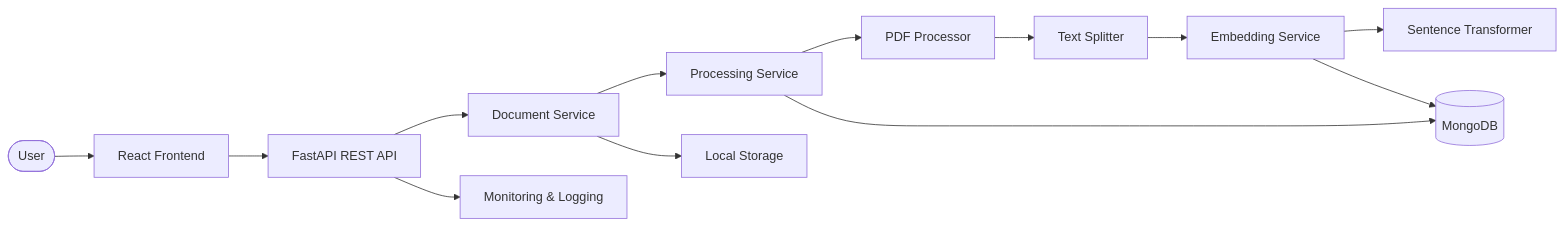
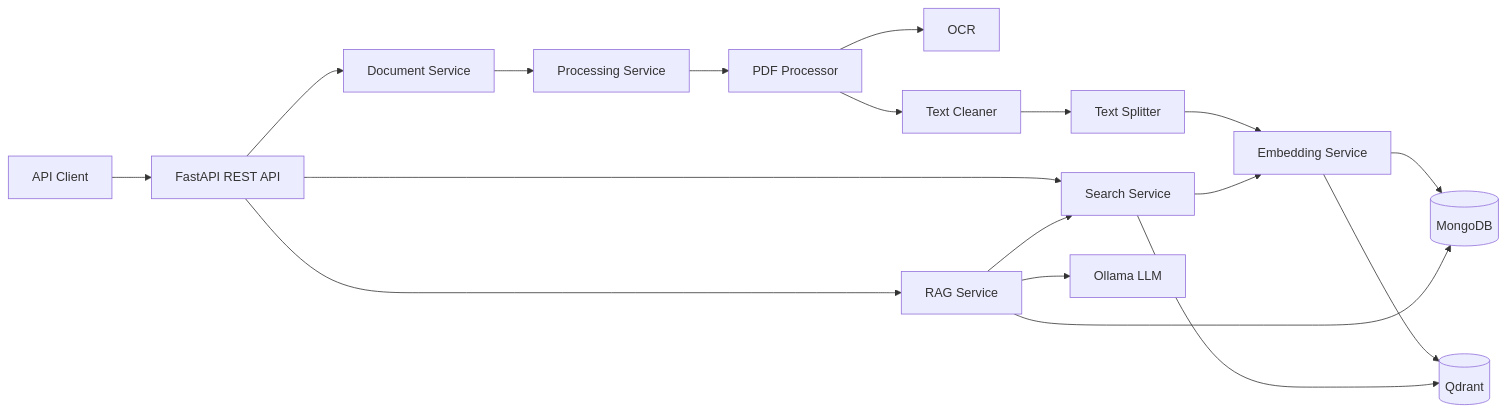
The diagram in README.md (onica-lorena/document-intelligence-platform), drawn with Mermaid before and after one commit. The commit also changed other lines of this file, not shown here.

````diff
--- a/README.md
+++ b/README.md
@@ -108,51 +102,65 @@
 ```mermaid
 flowchart LR
 
-    User([User])
-
-    Frontend["React Frontend"]
+    Client["API Client"]
 
     API["FastAPI REST API"]
 
     DocumentService["Document Service"]
 
     Processing["Processing Service"]
 
     PDF["PDF Processor"]
 
+    OCR["OCR"]
+
+    Cleaner["Text Cleaner"]
+
     Splitter["Text Splitter"]
 
     Embedding["Embedding Service"]
 
-    Model["Sentence Transformer"]
-
     Mongo[("MongoDB")]
 
-    Storage["Local Storage"]
+    Qdrant[("Qdrant")]
 
-    Monitor["Monitoring & Logging"]
+    Search["Search Service"]
 
-    User --> Frontend
+    RAG["RAG Service"]
 
-    Frontend --> API
+    LLM["Ollama LLM"]
+
+    Client --> API
 
     API --> DocumentService
-
-    DocumentService --> Storage
 
     DocumentService --> Processing
 
     Processing --> PDF
 
-    PDF --> Splitter
+    PDF --> OCR
+
+    PDF --> Cleaner
+
+    Cleaner --> Splitter
 
     Splitter --> Embedding
 
-    Embedding --> Model
-
     Embedding --> Mongo
 
-    Processing --> Mongo
+    Embedding --> Qdrant
 
-    API --> Monitor
+    API --> Search
+
+    Search --> Embedding
+
+    Search --> Qdrant
+
+    API --> RAG
+
+    RAG --> Search
+
+    RAG --> Mongo
+
+    RAG --> LLM
 ```
````
